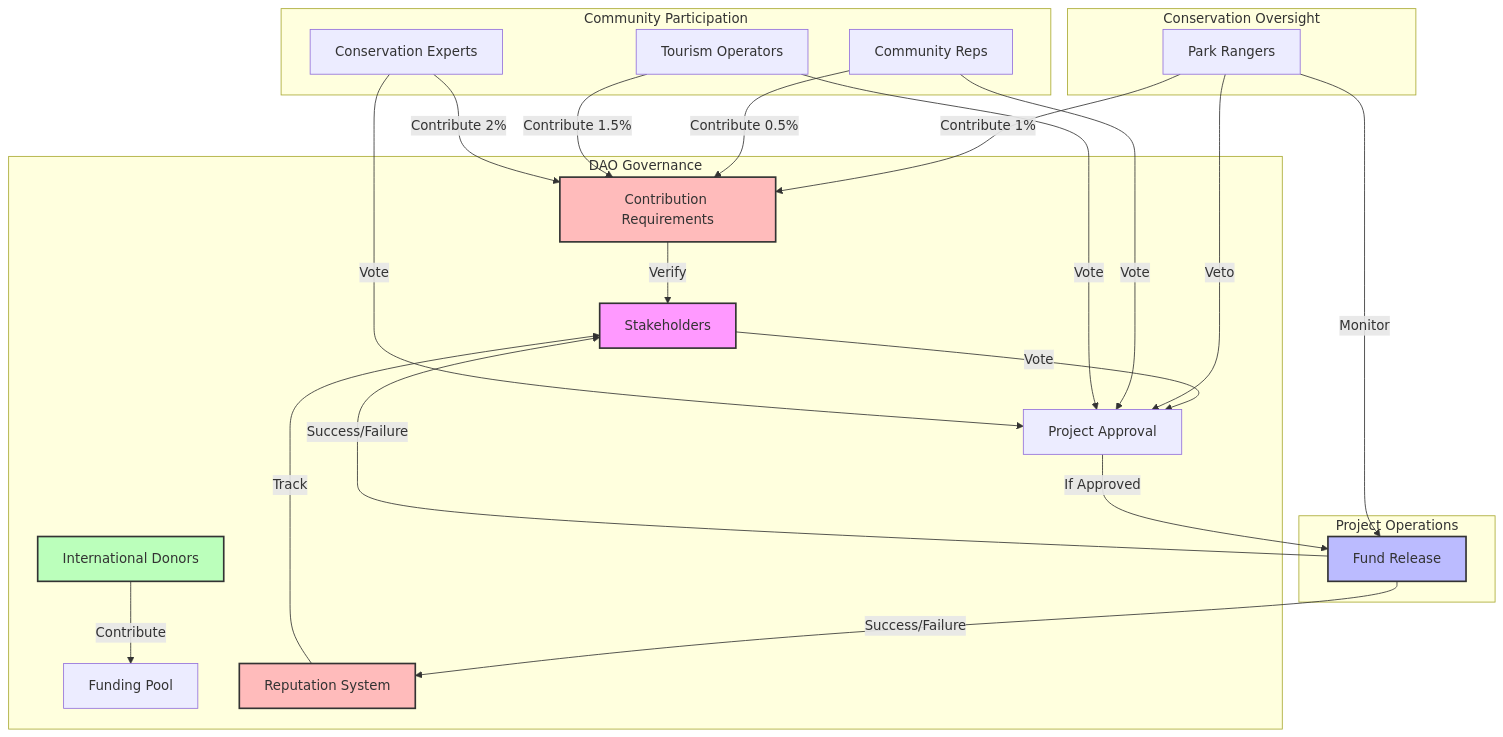
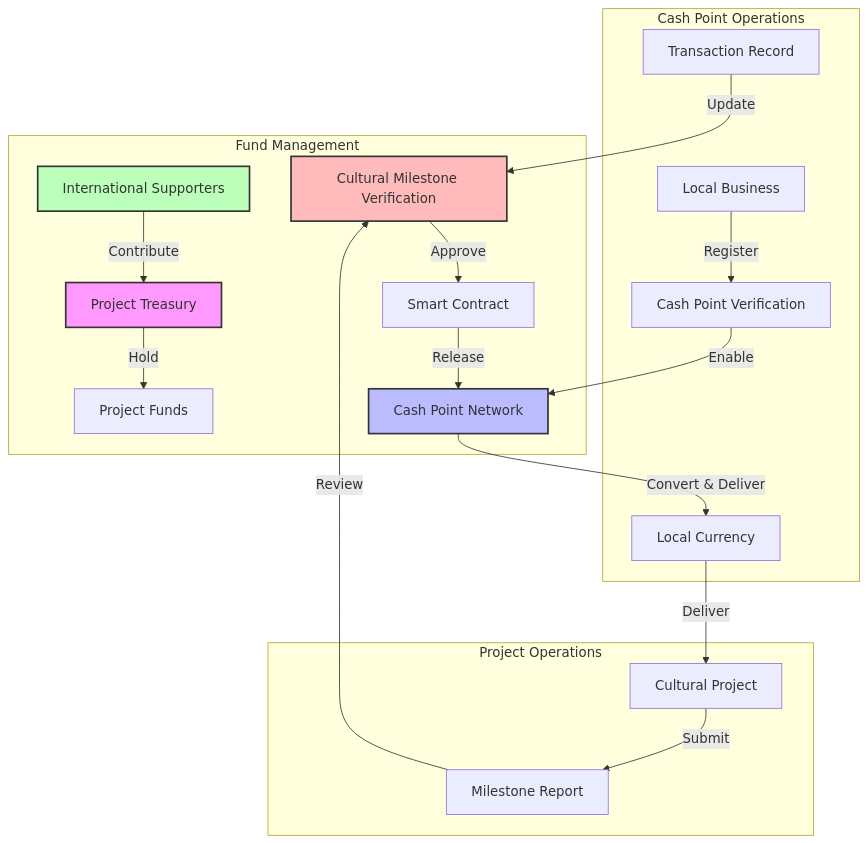
The sixth of 8 diagrams in README.md (tapilew/equilibrio-alpha), drawn with Mermaid before and after one commit. The commit also changed other lines of this file, not shown here.

````diff
--- a/README.md
+++ b/README.md
@@ -277,36 +352,27 @@
 ```mermaid
 graph TD
-    subgraph "DAO Governance"
-        A[Stakeholders] -->|Vote| B[Project Approval]
-        C[International Donors] -->|Contribute| D[Funding Pool]
-        E[Reputation System] -->|Track| A
-        F[Contribution Requirements] -->|Verify| A
+    subgraph "Fund Management"
+        A[Project Treasury] -->|Hold| B[Project Funds]
+        C[International Supporters] -->|Contribute| A
+        D[Cultural Milestone Verification] -->|Approve| E[Smart Contract]
+        E -->|Release| F[Cash Point Network]
     end
     
-    subgraph "Project Operations"
-        B -->|If Approved| G[Fund Release]
-        G -->|Success/Failure| E
-        G -->|Success/Failure| A
+    subgraph "Cash Point Operations"
+        I[Local Business] -->|Register| J[Cash Point Verification]
+        J -->|Enable| F
+        K[Transaction Record] -->|Update| D
+        F -->|Convert & Deliver| L[Local Currency]
     end
 
-    subgraph "Conservation Oversight"
-        H[Park Rangers] -->|Veto| B
-        H -->|Monitor| G
-        H -->|Contribute 1%| F
-    end
-
-    subgraph "Community Participation"
-        I[Community Reps] -->|Vote| B
-        I -->|Contribute 0.5%| F
-        J[Tourism Operators] -->|Vote| B
-        J -->|Contribute 1.5%| F
-        K[Conservation Experts] -->|Vote| B
-        K -->|Contribute 2%| F
+    subgraph "Project Operations"
+        G[Cultural Project] -->|Submit| H[Milestone Report]
+        H -->|Review| D
+        L -->|Deliver| G
     end
 
     style A fill:#f9f,stroke:#333,stroke-width:2px
     style C fill:#bfb,stroke:#333,stroke-width:2px
-    style G fill:#bbf,stroke:#333,stroke-width:2px
-    style E fill:#fbb,stroke:#333,stroke-width:2px
-    style F fill:#fbb,stroke:#333,stroke-width:2px
+    style F fill:#bbf,stroke:#333,stroke-width:2px
+    style D fill:#fbb,stroke:#333,stroke-width:2px
 ```
````
